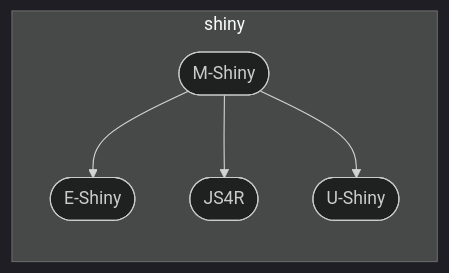
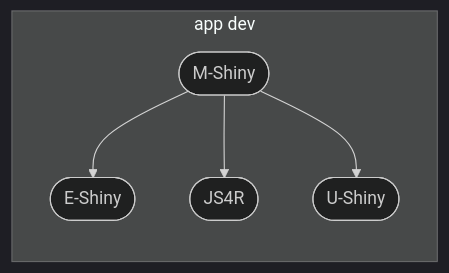
The second of 5 diagrams in README.md (parmsam/r-learning-paths), drawn with Mermaid (dark theme) before and after one commit. The commit also changed other lines of this file, not shown here.

````diff
--- a/README.md
+++ b/README.md
@@ -46,16 +49,16 @@
 ```mermaid
 graph LR
     B1([M-Shiny])
     B2([E-Shiny])
     B3([JS4R])
     B4([U-Shiny])
     click B1 "https://mastering-shiny.org/"
     click B2 "https://engineering-shiny.org/"
     click B3 "https://book.javascript-for-r.com/"
     click B4 "https://unleash-shiny.rinterface.com/welcome.html"
-    subgraph shiny
+    subgraph app dev
     B1 --> B2
     B1 --> B3
     B1 --> B4
     end
 ```
````
